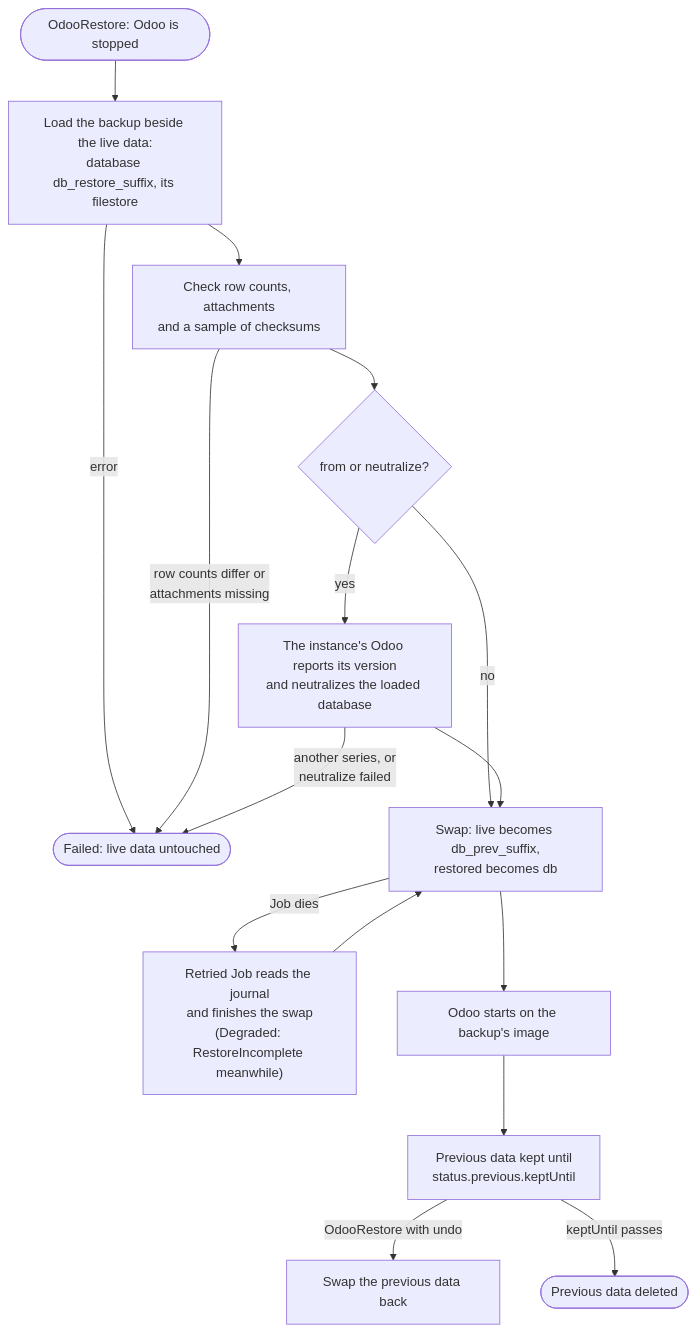
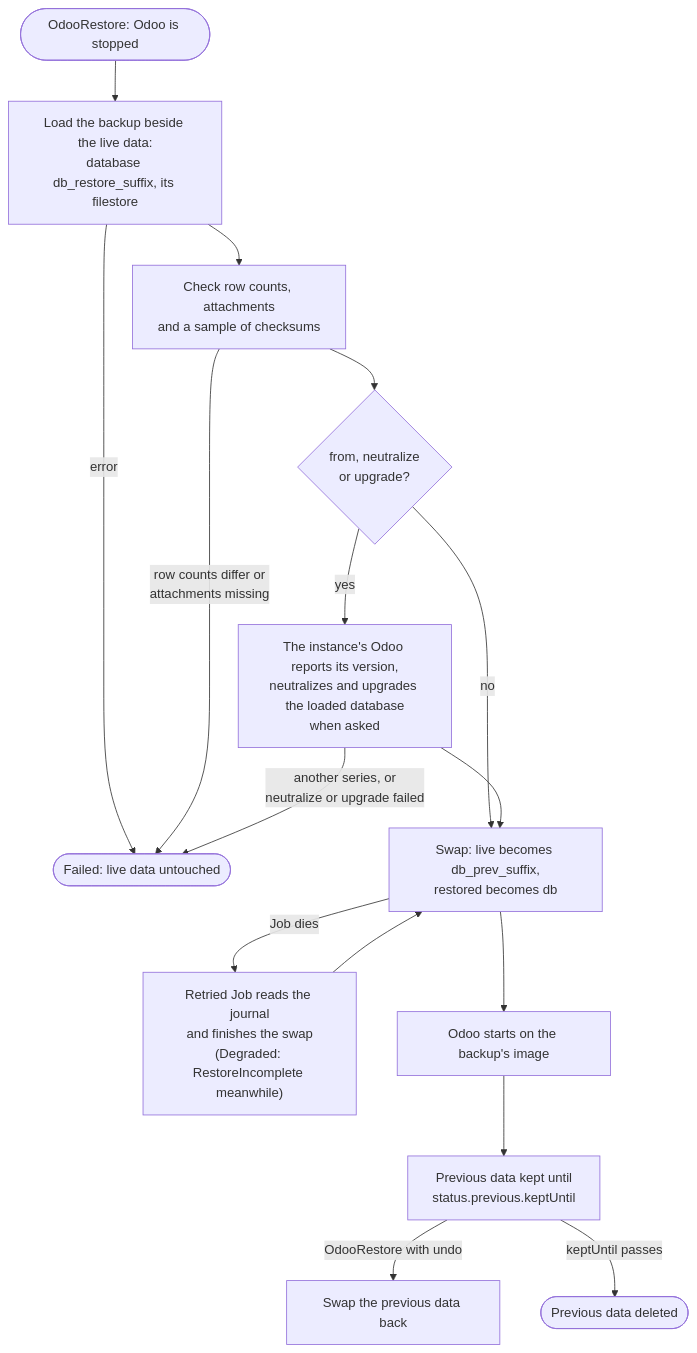
The diagram in docs/guides/restore.md (MohanadAbugharbia/odoo-operator), drawn with Mermaid before and after one commit. The commit also changed other lines of this file and 17 other files, not shown here.

First line of the commit message:
Restore: upgrade the restored data to the instance's image on request

````diff
--- a/docs/guides/restore.md
+++ b/docs/guides/restore.md
@@ -117,18 +149,18 @@
 ```mermaid
 flowchart TD
   start([OdooRestore: Odoo is stopped]) --> load["Load the backup beside the live data:<br/>database db_restore_suffix, its filestore"]
   load --> check[Check row counts, attachments<br/>and a sample of checksums]
   load -->|error| failed([Failed: live data untouched])
   check -->|row counts differ or<br/>attachments missing| failed
-  check --> odoo{"from or neutralize?"}
+  check --> odoo{"from, neutralize<br/>or upgrade?"}
   odoo -- "no" --> swap
-  odoo -- "yes" --> step["The instance's Odoo reports its version<br/>and neutralizes the loaded database"]
-  step -->|another series, or<br/>neutralize failed| failed
+  odoo -- "yes" --> step["The instance's Odoo reports its version,<br/>neutralizes and upgrades the loaded database<br/>when asked"]
+  step -->|another series, or<br/>neutralize or upgrade failed| failed
   step --> swap["Swap: live becomes db_prev_suffix,<br/>restored becomes db"]
   swap -->|Job dies| retry["Retried Job reads the journal<br/>and finishes the swap<br/>(Degraded: RestoreIncomplete meanwhile)"]
   retry --> swap
   swap --> run[Odoo starts on the backup's image]
   run --> kept["Previous data kept until<br/>status.previous.keptUntil"]
   kept -->|OdooRestore with undo| undo[Swap the previous data back]
   kept -->|keptUntil passes| gone([Previous data deleted])
 ```
````
